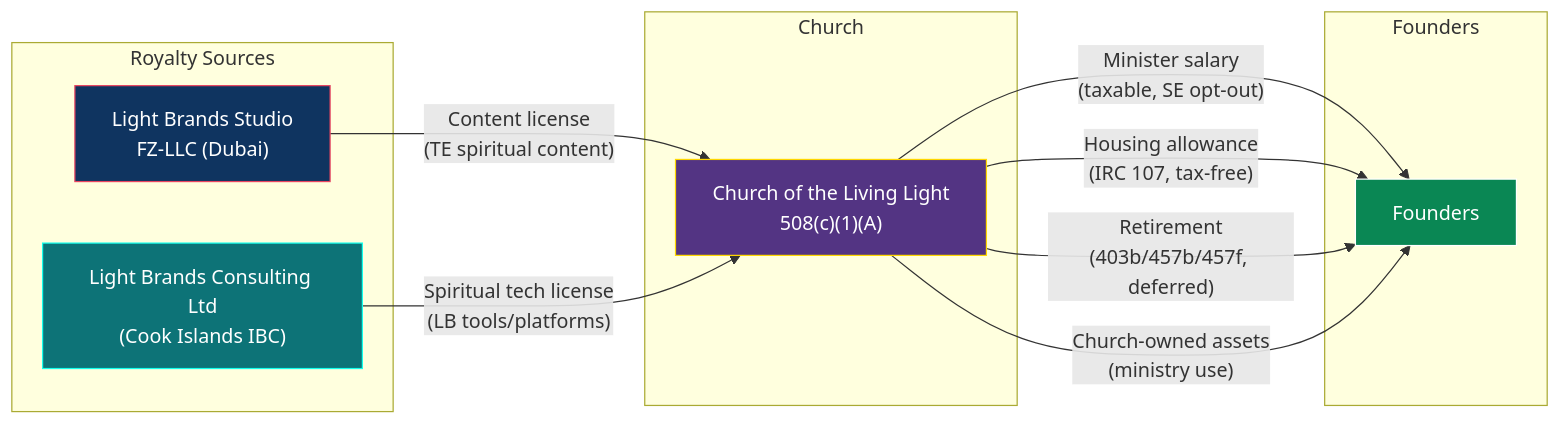
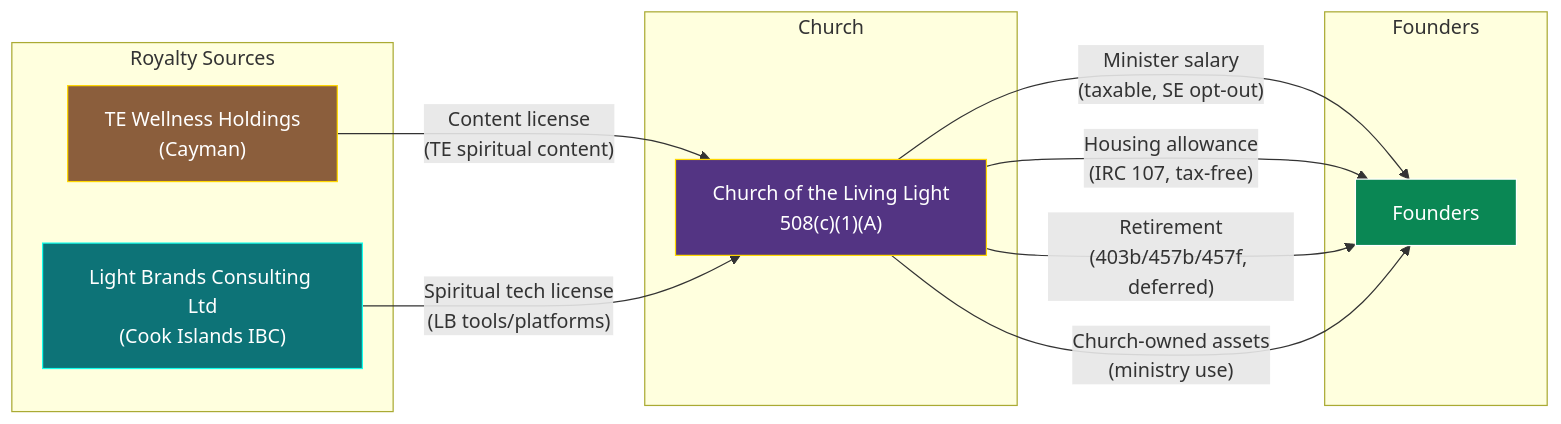
One commit to Light-Brands/epic-center changed the fourth of 5 diagrams in docs/tax-structure/07-ECOSYSTEM-ARCHITECTURE.md. Above: the diagram before and after it, drawn with Mermaid. The commit also changed other lines of this file and 8 other files, not shown here.

First line of the commit message:
Integrate TE Wellness Holdings (Cayman) as investable vehicle into tax structure

````diff
--- a/docs/tax-structure/07-ECOSYSTEM-ARCHITECTURE.md
+++ b/docs/tax-structure/07-ECOSYSTEM-ARCHITECTURE.md
@@ -147,27 +163,27 @@
 ```mermaid
 graph LR
     subgraph "Royalty Sources"
-        UAE3["Light Brands Studio<br/>FZ-LLC (Dubai)"]
+        CAYMAN2["TE Wellness Holdings<br/>(Cayman)"]
         CI2["Light Brands Consulting Ltd<br/>(Cook Islands IBC)"]
     end
 
     subgraph "Church"
         CHURCH3["Church of the Living Light<br/>508(c)(1)(A)"]
     end
 
     subgraph "Founders"
         F2["Founders"]
     end
 
-    UAE3 -->|"Content license<br/>(TE spiritual content)"| CHURCH3
+    CAYMAN2 -->|"Content license<br/>(TE spiritual content)"| CHURCH3
     CI2 -->|"Spiritual tech license<br/>(LB tools/platforms)"| CHURCH3
     CHURCH3 -->|"Minister salary<br/>(taxable, SE opt-out)"| F2
     CHURCH3 -->|"Housing allowance<br/>(IRC 107, tax-free)"| F2
     CHURCH3 -->|"Retirement<br/>(403b/457b/457f, deferred)"| F2
     CHURCH3 -->|"Church-owned assets<br/>(ministry use)"| F2
 
-    style UAE3 fill:#0f3460,stroke:#e94560,color:#fff
+    style CAYMAN2 fill:#8b5e3c,stroke:#ffd700,color:#fff
     style CI2 fill:#0d7377,stroke:#14ffec,color:#fff
     style CHURCH3 fill:#533483,stroke:#ffd700,color:#fff
     style F2 fill:#0a8754,stroke:#fff,color:#fff
 ```
````
